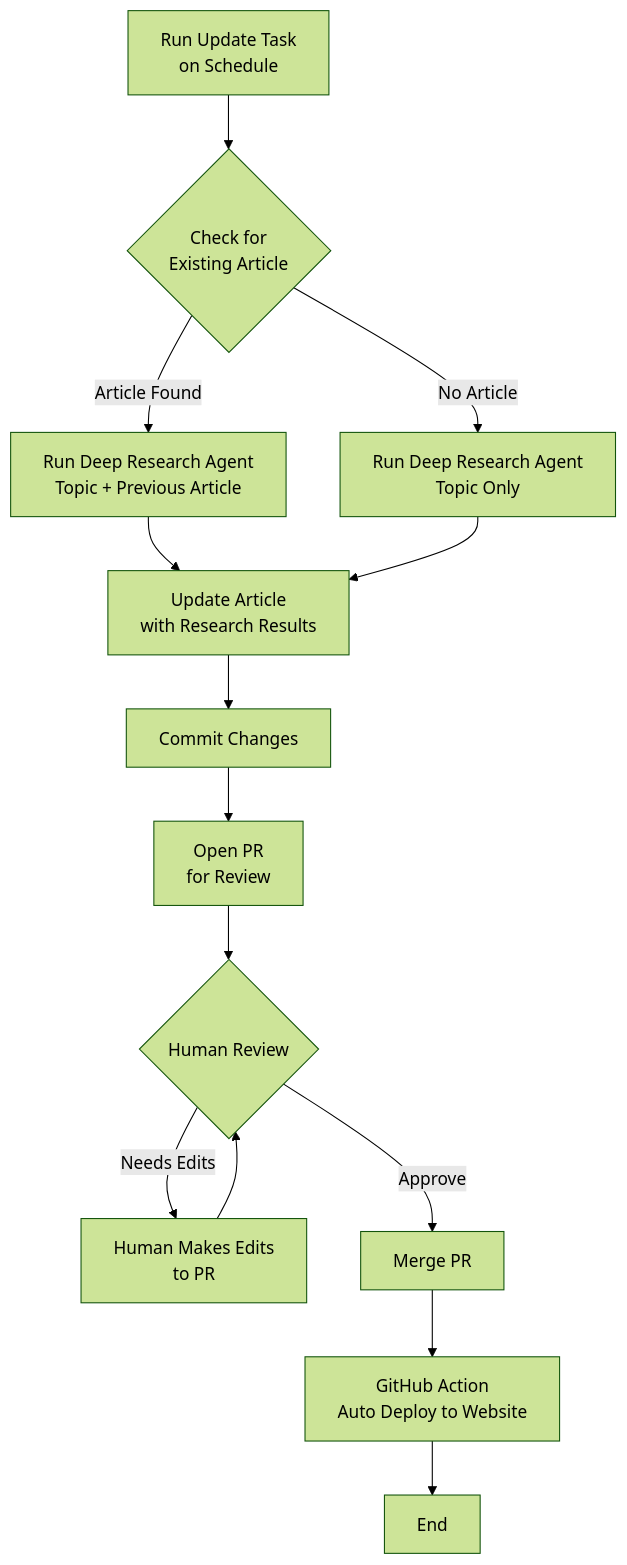
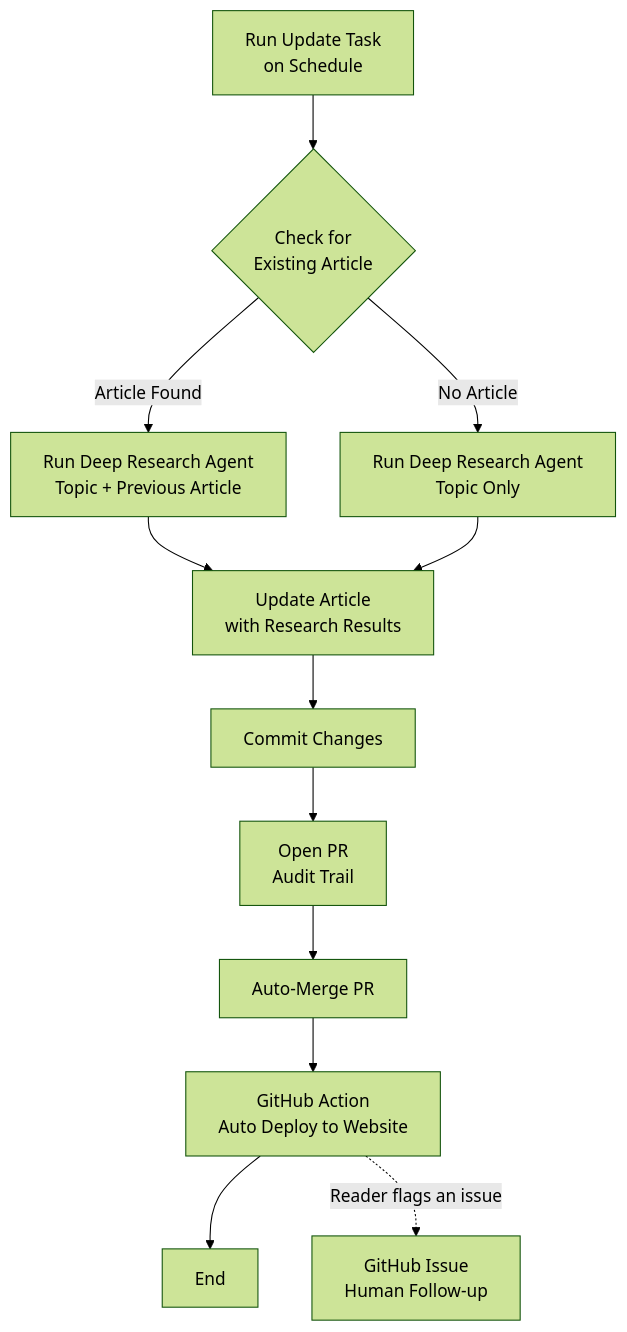
Before and after one commit to mingnz/livingwp: the second of 2 diagrams in README.md, drawn with Mermaid (forest theme). The commit also changed other lines of this file and 13 other files, not shown here.

First line of the commit message:
feat: publish autonomously each month with audit trail and article feedback (#105)

````diff
--- a/README.md
+++ b/README.md
@@ -98,25 +152,22 @@
 ```mermaid
 flowchart TD
     A[Run Update Task<br/>on Schedule] --> B{Check for<br/>Existing Article}
 
     B -->|Article Found| C1[Run Deep Research Agent<br/>Topic + Previous Article]
     B -->|No Article| C2[Run Deep Research Agent<br/>Topic Only]
 
     C1 --> D[Update Article<br/>with Research Results]
     C2 --> D
 
     D --> E[Commit Changes]
 
-    E -->     F[Open PR<br/>for Review]
+    E --> F[Open PR<br/>Audit Trail]
 
-    F --> G{Human Review}
+    F --> G[Auto-Merge PR]
 
-    G -->|Needs Edits| H[Human Makes Edits<br/>to PR]
-    G -->|Approve| I[Merge PR]
+    G --> H[GitHub Action<br/>Auto Deploy to Website]
 
-    H --> G
+    H --> I[End]
 
-    I --> J[GitHub Action<br/>Auto Deploy to Website]
-
-    J --> K[End]
+    H -.->|Reader flags an issue| J[GitHub Issue<br/>Human Follow-up]
 ```
````
